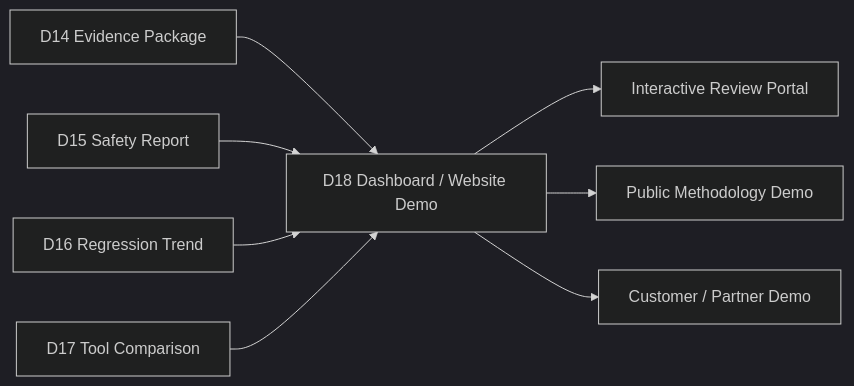
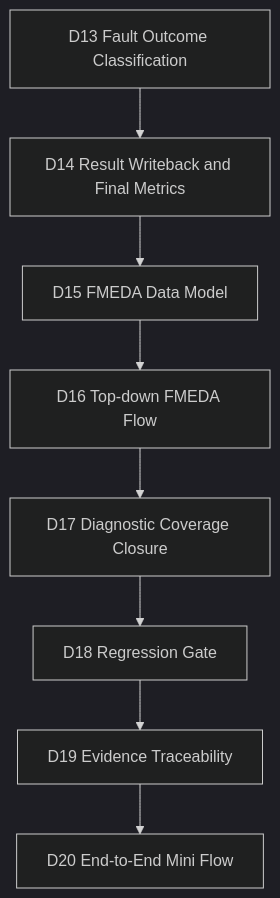
One commit to qiqixixi1001/automotive-safeic-practice changed the first of 5 diagrams in articles/18_automotive_safeic_practice_d18_github_en_dashboard_and_website_demo.md. Above: the diagram before and after it, drawn with Mermaid (dark theme). The commit also changed other lines of this file, not shown here.

````diff
--- a/articles/18_automotive_safeic_practice_d18_github_en_dashboard_and_website_demo.md
+++ b/articles/18_automotive_safeic_practice_d18_github_en_dashboard_and_website_demo.md
@@ -86,10 +63,10 @@
 ```mermaid
-flowchart LR
-    A[D14 Evidence Package] --> D[D18 Dashboard / Website Demo]
-    B[D15 Safety Report] --> D
-    C[D16 Regression Trend] --> D
-    E[D17 Tool Comparison] --> D
-    D --> F[Interactive Review Portal]
-    D --> G[Public Methodology Demo]
-    D --> H[Customer / Partner Demo]
+flowchart TD
+    D13[D13 Fault Outcome Classification] --> D14[D14 Result Writeback and Final Metrics]
+    D14 --> D15[D15 FMEDA Data Model]
+    D15 --> D16[D16 Top-down FMEDA Flow]
+    D16 --> D17[D17 Diagnostic Coverage Closure]
+    D17 --> D18[D18 Regression Gate]
+    D18 --> D19[D19 Evidence Traceability]
+    D19 --> D20[D20 End-to-End Mini Flow]
 ```
````
